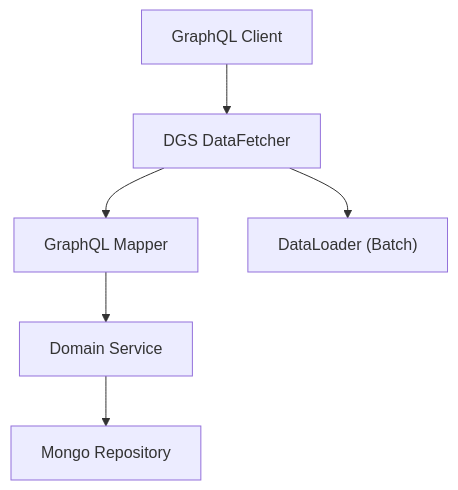
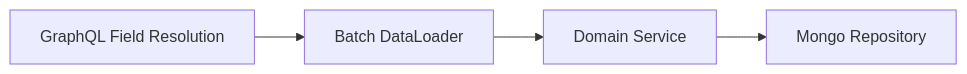
Before and after one commit to flamingo-stack/openframe-oss-lib: the fourth of 4 diagrams in docs/reference/architecture/api-service-core/api-service-core.md, drawn with Mermaid. The commit also changed other lines of this file and 172 other files, not shown here.

````diff
--- a/docs/reference/architecture/api-service-core/api-service-core.md
+++ b/docs/reference/architecture/api-service-core/api-service-core.md
@@ -292,8 +333,6 @@
 ```mermaid
-flowchart TD
-    Client["GraphQL Client"] --> DataFetcher["DGS DataFetcher"]
-    DataFetcher --> Mapper["GraphQL Mapper"]
-    Mapper --> Service["Domain Service"]
+flowchart LR
+    GraphQL["GraphQL Field Resolution"] --> DataLoader["Batch DataLoader"]
+    DataLoader --> Service["Domain Service"]
     Service --> Repository["Mongo Repository"]
-    DataFetcher --> DataLoader["DataLoader (Batch)"]
 ```
````
